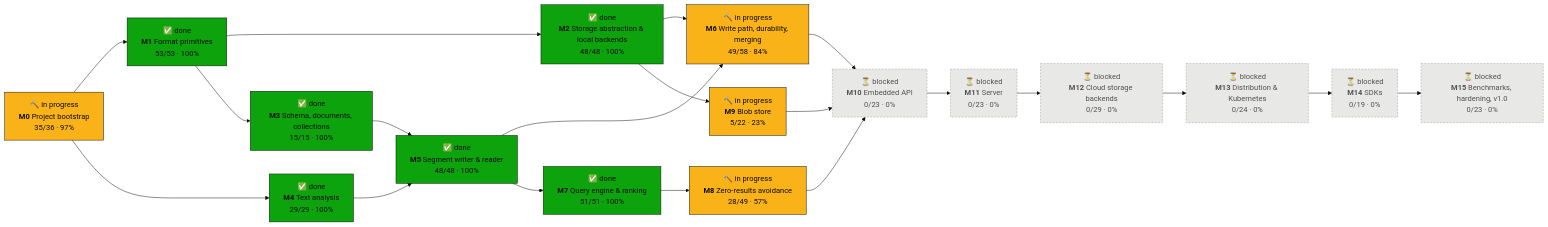
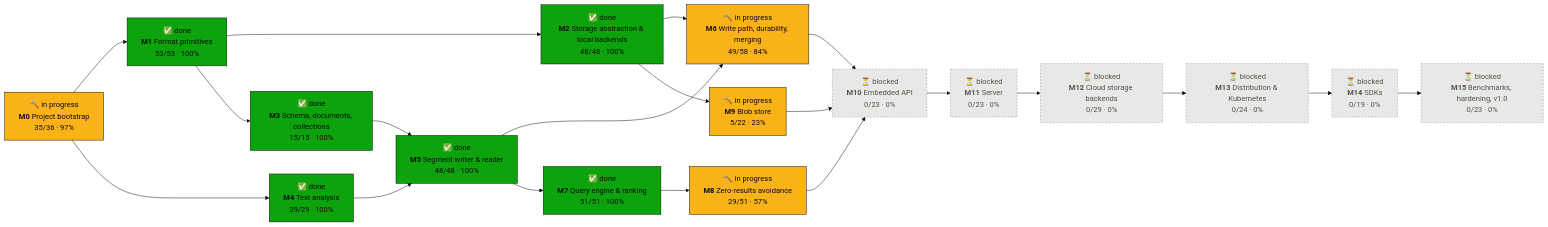
The first of 2 diagrams in PROGRESS.md (tomiok/persiaDB), drawn with Mermaid (base theme) before and after one commit. The commit also changed other lines of this file and 13 other files, not shown here.

First line of the commit message:
chore(engine): review fix-ups, benchmarks and progress for ROADMAP 8.2.6

````diff
--- a/PROGRESS.md
+++ b/PROGRESS.md
@@ -16,42 +16,42 @@
 ```mermaid
 flowchart LR
   M0["🔨 in progress<br/><b>M0</b> Project bootstrap<br/>35/36 · 97%"]:::doing
   M1["✅ done<br/><b>M1</b> Format primitives<br/>53/53 · 100%"]:::done
   M2["✅ done<br/><b>M2</b> Storage abstraction & local backends<br/>48/48 · 100%"]:::done
   M3["✅ done<br/><b>M3</b> Schema, documents, collections<br/>15/15 · 100%"]:::done
   M4["✅ done<br/><b>M4</b> Text analysis<br/>29/29 · 100%"]:::done
   M5["✅ done<br/><b>M5</b> Segment writer & reader<br/>48/48 · 100%"]:::done
   M6["🔨 in progress<br/><b>M6</b> Write path, durability, merging<br/>49/58 · 84%"]:::doing
   M7["✅ done<br/><b>M7</b> Query engine & ranking<br/>51/51 · 100%"]:::done
-  M8["🔨 in progress<br/><b>M8</b> Zero-results avoidance<br/>28/49 · 57%"]:::doing
+  M8["🔨 in progress<br/><b>M8</b> Zero-results avoidance<br/>29/51 · 57%"]:::doing
   M9["🔨 in progress<br/><b>M9</b> Blob store<br/>5/22 · 23%"]:::doing
   M10["⏳ blocked<br/><b>M10</b> Embedded API<br/>0/23 · 0%"]:::blocked
   M11["⏳ blocked<br/><b>M11</b> Server<br/>0/23 · 0%"]:::blocked
   M12["⏳ blocked<br/><b>M12</b> Cloud storage backends<br/>0/29 · 0%"]:::blocked
   M13["⏳ blocked<br/><b>M13</b> Distribution & Kubernetes<br/>0/24 · 0%"]:::blocked
   M14["⏳ blocked<br/><b>M14</b> SDKs<br/>0/19 · 0%"]:::blocked
   M15["⏳ blocked<br/><b>M15</b> Benchmarks, hardening, v1.0<br/>0/23 · 0%"]:::blocked
   M0 --> M1
   M1 --> M2
   M1 --> M3
   M0 --> M4
   M3 --> M5
   M4 --> M5
   M2 --> M6
   M5 --> M6
   M5 --> M7
   M7 --> M8
   M2 --> M9
   M6 --> M10
   M8 --> M10
   M9 --> M10
   M10 --> M11
   M11 --> M12
   M12 --> M13
   M13 --> M14
   M14 --> M15
   classDef done fill:#0ca30c,stroke:#0b0b0b,color:#0b0b0b
   classDef doing fill:#fab219,stroke:#0b0b0b,color:#0b0b0b
   classDef ready fill:#fcfcfb,stroke:#0b0b0b,stroke-width:2px,color:#0b0b0b
   classDef blocked fill:#e8e8e6,stroke:#9a9a96,stroke-dasharray:4 3,color:#52514e
 ```
````
